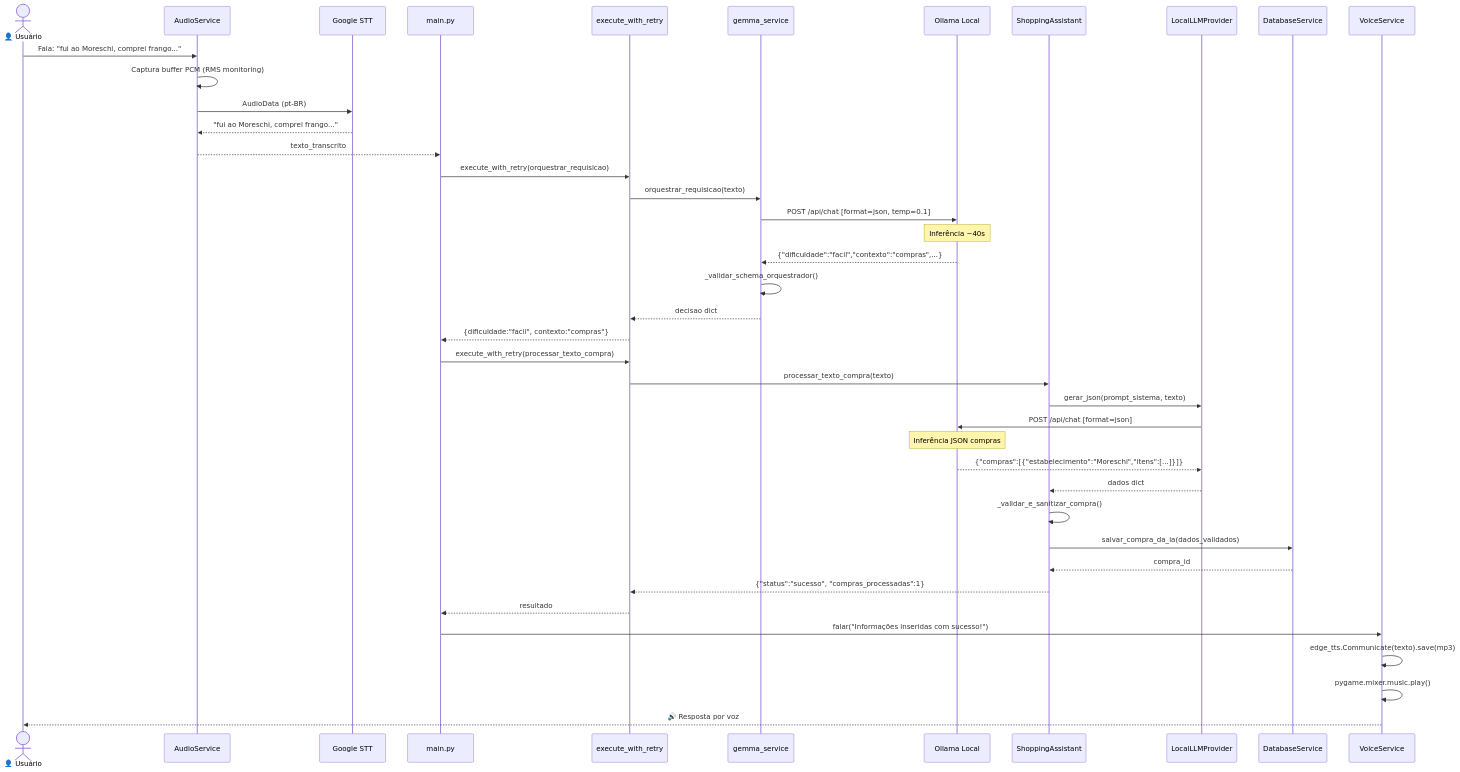
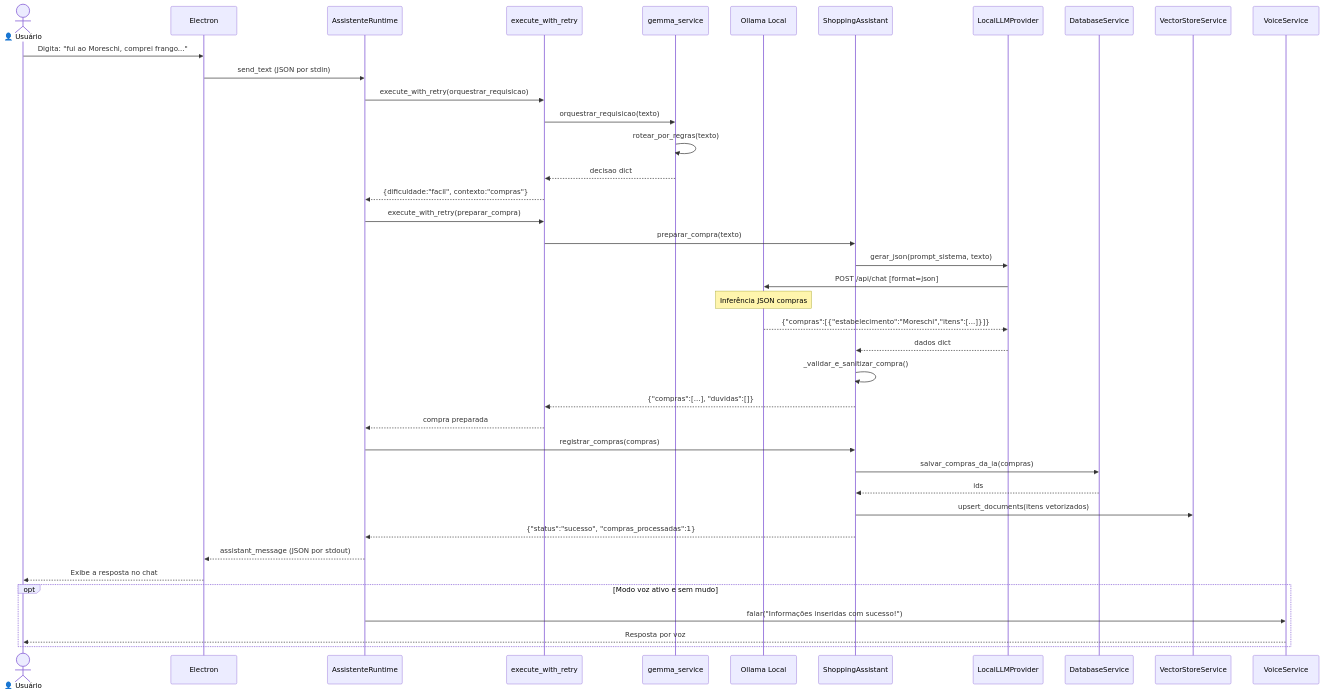
The fourth of 5 diagrams in Sobre a Versão/05 - Engenharia do Software.md (Felipe-Stu/assistente-domestico), drawn with Mermaid before and after one commit. The commit also changed other lines of this file and 18 other files, not shown here.

First line of the commit message:
feat: Fase 1 — roteamento por regras, compras confiáveis e nuvem restrita

````diff
--- a/Sobre a Versão/05 - Engenharia do Software.md
+++ b/Sobre a Versão/05 - Engenharia do Software.md
@@ -153,47 +166,46 @@
 ```mermaid
 sequenceDiagram
     actor User as 👤 Usuário
-    participant Audio as AudioService
-    participant STT as Google STT
-    participant Main as main.py
+    participant UI as Electron
+    participant Main as AssistenteRuntime
     participant Retry as execute_with_retry
     participant Gemma as gemma_service
     participant Ollama as Ollama Local
     participant Shopping as ShoppingAssistant
     participant LocalLLM as LocalLLMProvider
     participant DB as DatabaseService
+    participant Chroma as VectorStoreService
     participant Voice as VoiceService
 
-    User->>Audio: Fala: "fui ao Moreschi, comprei frango..."
-    Audio->>Audio: Captura buffer PCM (RMS monitoring)
-    Audio->>STT: AudioData (pt-BR)
-    STT-->>Audio: "fui ao Moreschi, comprei frango..."
-    Audio-->>Main: texto_transcrito
+    User->>UI: Digita: "fui ao Moreschi, comprei frango..."
+    UI->>Main: send_text (JSON por stdin)
 
     Main->>Retry: execute_with_retry(orquestrar_requisicao)
     Retry->>Gemma: orquestrar_requisicao(texto)
-    Gemma->>Ollama: POST /api/chat [format=json, temp=0.1]
-    Note over Ollama: Inferência ~40s
-    Ollama-->>Gemma: {"dificuldade":"facil","contexto":"compras",...}
-    Gemma->>Gemma: _validar_schema_orquestrador()
+    Gemma->>Gemma: rotear_por_regras(texto)
     Gemma-->>Retry: decisao dict
     Retry-->>Main: {dificuldade:"facil", contexto:"compras"}
 
-    Main->>Retry: execute_with_retry(processar_texto_compra)
-    Retry->>Shopping: processar_texto_compra(texto)
+    Main->>Retry: execute_with_retry(preparar_compra)
+    Retry->>Shopping: preparar_compra(texto)
     Shopping->>LocalLLM: gerar_json(prompt_sistema, texto)
     LocalLLM->>Ollama: POST /api/chat [format=json]
     Note over Ollama: Inferência JSON compras
     Ollama-->>LocalLLM: {"compras":[{"estabelecimento":"Moreschi","itens":[...]}]}
     LocalLLM-->>Shopping: dados dict
     Shopping->>Shopping: _validar_e_sanitizar_compra()
-    Shopping->>DB: salvar_compra_da_ia(dados_validados)
-    DB-->>Shopping: compra_id
-    Shopping-->>Retry: {"status":"sucesso", "compras_processadas":1}
-    Retry-->>Main: resultado
+    Shopping-->>Retry: {"compras":[...], "duvidas":[]}
+    Retry-->>Main: compra preparada
+    Main->>Shopping: registrar_compras(compras)
+    Shopping->>DB: salvar_compras_da_ia(compras)
+    DB-->>Shopping: ids
+    Shopping->>Chroma: upsert_documents(itens vetorizados)
+    Shopping-->>Main: {"status":"sucesso", "compras_processadas":1}
 
-    Main->>Voice: falar("Informações inseridas com sucesso!")
-    Voice->>Voice: edge_tts.Communicate(texto).save(mp3)
-    Voice->>Voice: pygame.mixer.music.play()
-    Voice-->>User: 🔊 Resposta por voz
+    Main-->>UI: assistant_message (JSON por stdout)
+    UI-->>User: Exibe a resposta no chat
+    opt Modo voz ativo e sem mudo
+        Main->>Voice: falar("Informações inseridas com sucesso!")
+        Voice-->>User: Resposta por voz
+    end
 ```
````
